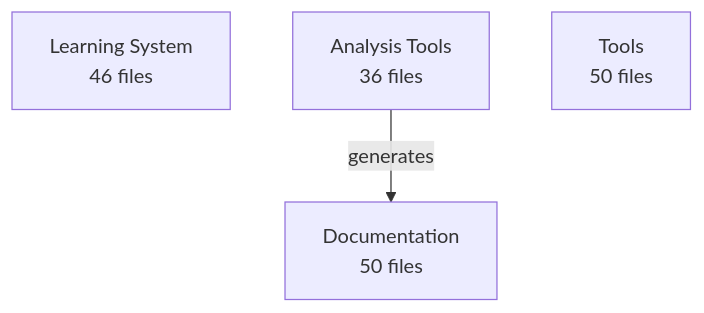
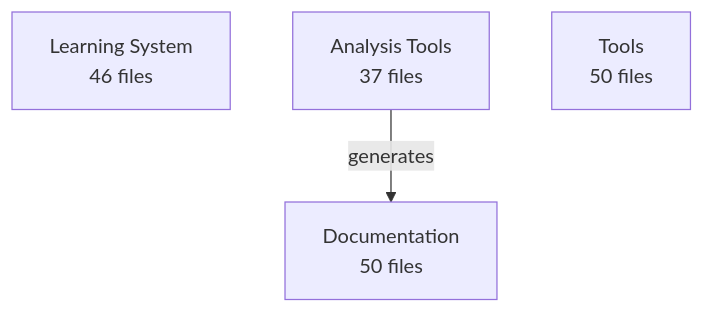
Before and after one commit to enufacas/Chained: the diagram in docs/data/architecture/architecture.mmd, drawn with Mermaid. The commit also changed 6 other files, not shown here.

First line of the commit message:
🏗️ Update architecture evolution tracking

```diff
--- a/docs/data/architecture/architecture.mmd
+++ b/docs/data/architecture/architecture.mmd
@@ -1,6 +1,6 @@
 graph TD
     learning_system[Learning System<br/>46 files]
-    analysis_tools[Analysis Tools<br/>36 files]
+    analysis_tools[Analysis Tools<br/>37 files]
     documentation[Documentation<br/>50 files]
     tools[Tools<br/>50 files]
     analysis_tools -->|generates| documentation
```
